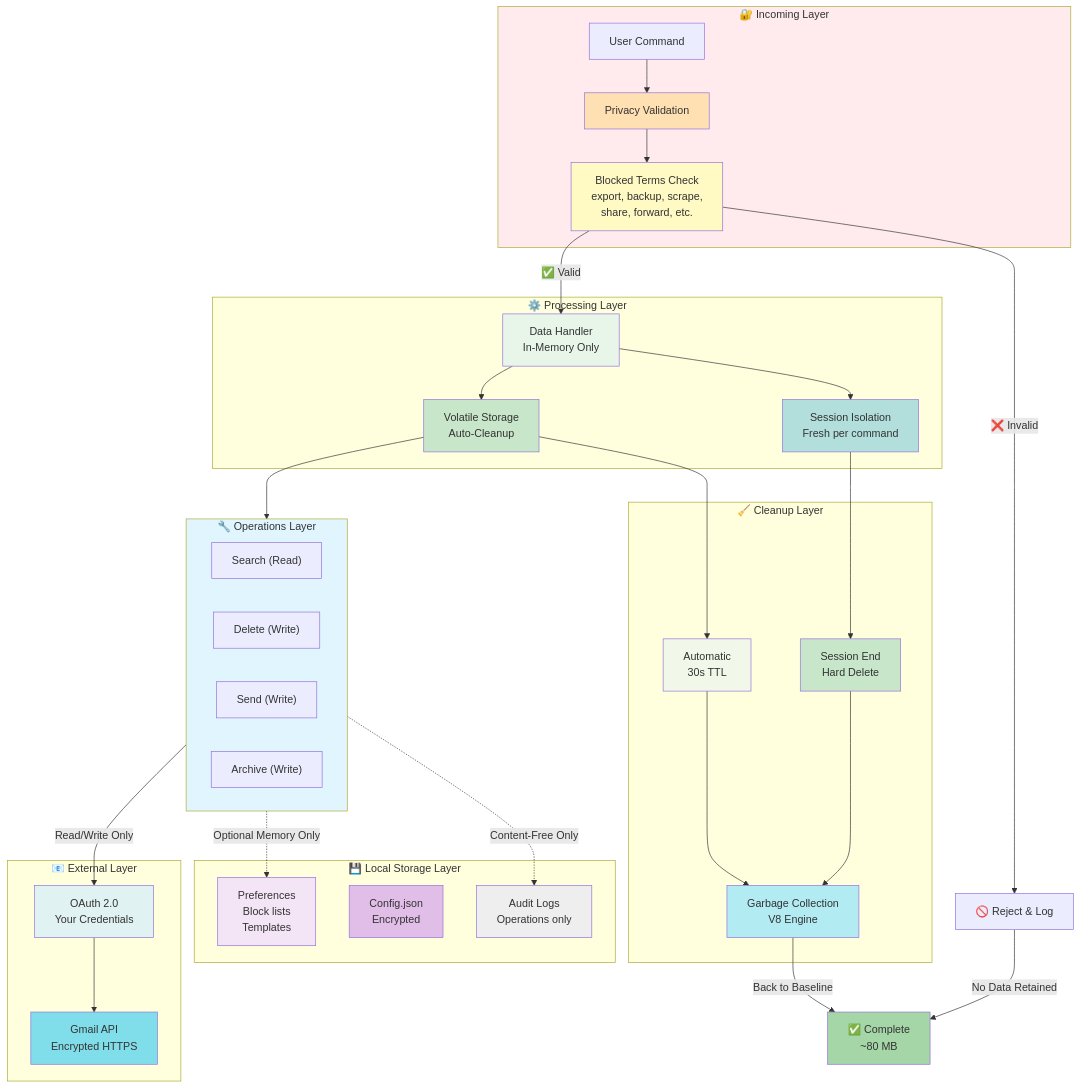
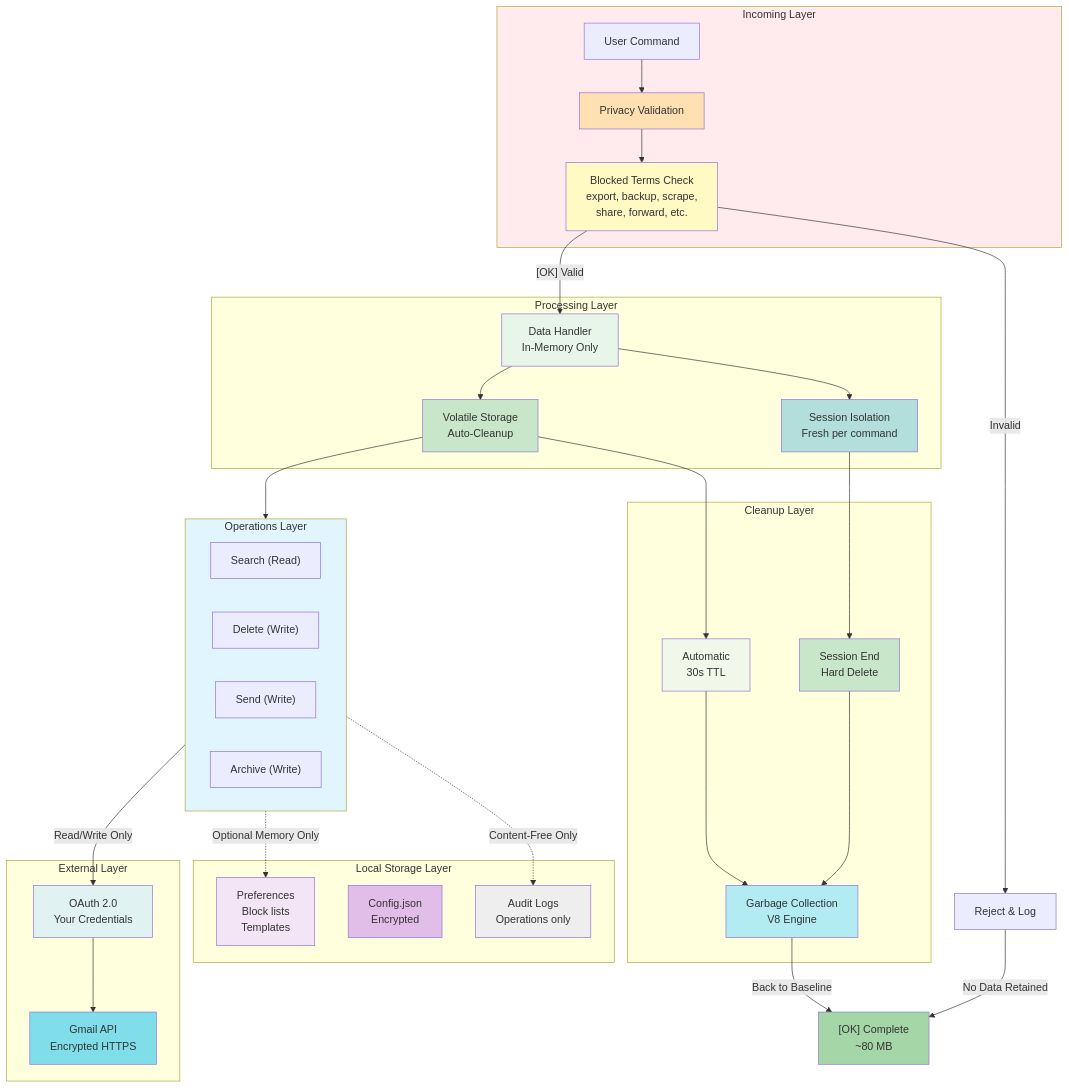
The fourth of 10 diagrams in ARCHITECTURE.md (fivepanelhat/CAT-mail), drawn with Mermaid before and after one commit. The commit also changed other lines of this file and 50 other files, not shown here.

````diff
--- a/ARCHITECTURE.md
+++ b/ARCHITECTURE.md
@@ -191,80 +191,80 @@
 ```mermaid
 graph TB
-    subgraph Incoming["🔐 Incoming Layer"]
-        Cmd["User Command"]
-        Validate["Privacy Validation"]
-        Terms["Blocked Terms Check<br/>export, backup, scrape,<br/>share, forward, etc."]
-    end
-    
-    Cmd --> Validate
-    Validate --> Terms
-    
-    subgraph Processing["⚙️ Processing Layer"]
-        DataH["Data Handler<br/>In-Memory Only"]
-        Volatile["Volatile Storage<br/>Auto-Cleanup"]
-        Session["Session Isolation<br/>Fresh per command"]
-    end
-    
-    Terms -->|"✅ Valid"| DataH
-    Terms -->|"❌ Invalid"| Reject["🚫 Reject & Log"]
-    
-    DataH --> Volatile
-    DataH --> Session
-    
-    subgraph Operations["🔧 Operations Layer"]
-        Search["Search (Read)"]
-        Delete["Delete (Write)"]
-        Send["Send (Write)"]
-        Archive["Archive (Write)"]
-    end
-    
-    Volatile --> Operations
-    
-    subgraph Gmail["📧 External Layer"]
-        OAuth["OAuth 2.0<br/>Your Credentials"]
-        API["Gmail API<br/>Encrypted HTTPS"]
-    end
-    
-    Operations -->|"Read/Write Only"| OAuth
-    OAuth --> API
-    
-    subgraph LocalStorage["💾 Local Storage Layer"]
-        Prefs["Preferences<br/>Block lists<br/>Templates"]
-        Config["Config.json<br/>Encrypted"]
-        Logs["Audit Logs<br/>Operations only"]
-    end
-    
-    Operations -.->|"Optional Memory Only"| Prefs
-    Operations -.->|"Content-Free Only"| Logs
-    
-    subgraph Cleanup["🧹 Cleanup Layer"]
-        AutoClear["Automatic<br/>30s TTL"]
-        SessionEnd["Session End<br/>Hard Delete"]
-        GC["Garbage Collection<br/>V8 Engine"]
-    end
-    
-    Volatile --> AutoClear
-    Session --> SessionEnd
-    AutoClear --> GC
-    SessionEnd --> GC
-    
-    GC -->|"Back to Baseline"| Complete["✅ Complete<br/>~80 MB"]
-    Reject -->|"No Data Retained"| Complete
-    
-    style Incoming fill:#ffebee
-    style Validate fill:#ffe0b2
-    style Terms fill:#fff9c4
-    style DataH fill:#e8f5e9
-    style Volatile fill:#c8e6c9
-    style Session fill:#b2dfdb
-    style Operations fill:#e1f5fe
-    style OAuth fill:#e0f2f1
-    style API fill:#80deea
-    style Prefs fill:#f3e5f5
-    style Config fill:#e1bee7
-    style Logs fill:#eeeeee
-    style AutoClear fill:#f1f8e9
-    style SessionEnd fill:#c8e6c9
-    style GC fill:#b2ebf2
-    style Complete fill:#a5d6a7
+ subgraph Incoming[" Incoming Layer"]
+ Cmd["User Command"]
+ Validate["Privacy Validation"]
+ Terms["Blocked Terms Check<br/>export, backup, scrape,<br/>share, forward, etc."]
+ end
+ 
+ Cmd --> Validate
+ Validate --> Terms
+ 
+ subgraph Processing[" Processing Layer"]
+ DataH["Data Handler<br/>In-Memory Only"]
+ Volatile["Volatile Storage<br/>Auto-Cleanup"]
+ Session["Session Isolation<br/>Fresh per command"]
+ end
+ 
+ Terms -->|"[OK] Valid"| DataH
+ Terms -->|" Invalid"| Reject[" Reject & Log"]
+ 
+ DataH --> Volatile
+ DataH --> Session
+ 
+ subgraph Operations[" Operations Layer"]
+ Search["Search (Read)"]
+ Delete["Delete (Write)"]
+ Send["Send (Write)"]
+ Archive["Archive (Write)"]
+ end
+ 
+ Volatile --> Operations
+ 
+ subgraph Gmail[" External Layer"]
+ OAuth["OAuth 2.0<br/>Your Credentials"]
+ API["Gmail API<br/>Encrypted HTTPS"]
+ end
+ 
+ Operations -->|"Read/Write Only"| OAuth
+ OAuth --> API
+ 
+ subgraph LocalStorage[" Local Storage Layer"]
+ Prefs["Preferences<br/>Block lists<br/>Templates"]
+ Config["Config.json<br/>Encrypted"]
+ Logs["Audit Logs<br/>Operations only"]
+ end
+ 
+ Operations -.->|"Optional Memory Only"| Prefs
+ Operations -.->|"Content-Free Only"| Logs
+ 
+ subgraph Cleanup[" Cleanup Layer"]
+ AutoClear["Automatic<br/>30s TTL"]
+ SessionEnd["Session End<br/>Hard Delete"]
+ GC["Garbage Collection<br/>V8 Engine"]
+ end
+ 
+ Volatile --> AutoClear
+ Session --> SessionEnd
+ AutoClear --> GC
+ SessionEnd --> GC
+ 
+ GC -->|"Back to Baseline"| Complete["[OK] Complete<br/>~80 MB"]
+ Reject -->|"No Data Retained"| Complete
+ 
+ style Incoming fill:#ffebee
+ style Validate fill:#ffe0b2
+ style Terms fill:#fff9c4
+ style DataH fill:#e8f5e9
+ style Volatile fill:#c8e6c9
+ style Session fill:#b2dfdb
+ style Operations fill:#e1f5fe
+ style OAuth fill:#e0f2f1
+ style API fill:#80deea
+ style Prefs fill:#f3e5f5
+ style Config fill:#e1bee7
+ style Logs fill:#eeeeee
+ style AutoClear fill:#f1f8e9
+ style SessionEnd fill:#c8e6c9
+ style GC fill:#b2ebf2
+ style Complete fill:#a5d6a7
 ```
````
